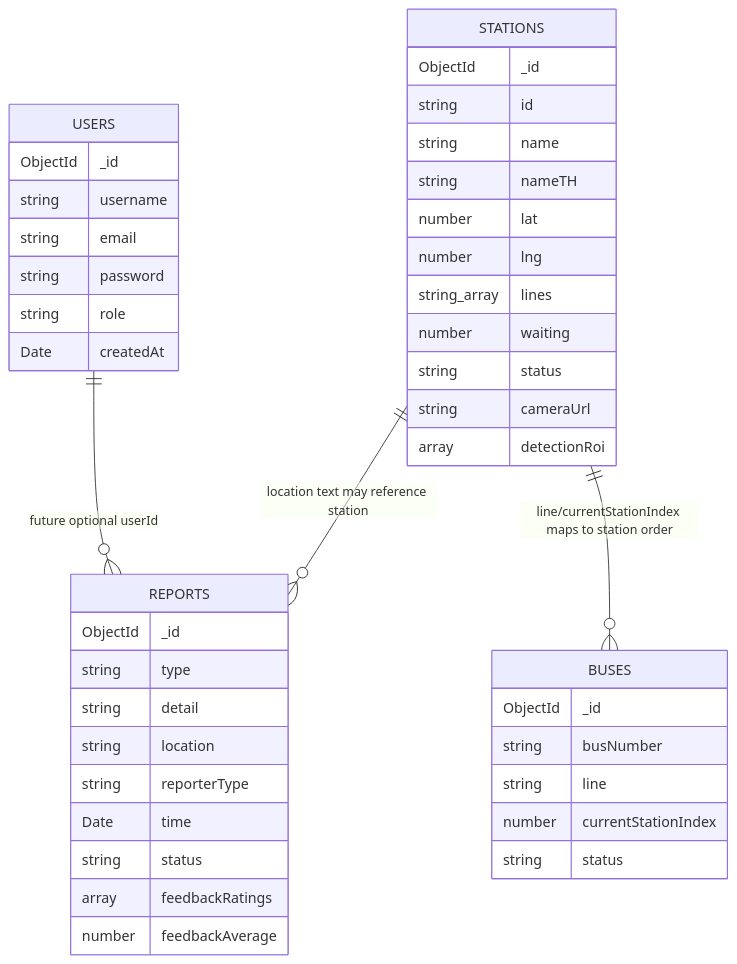
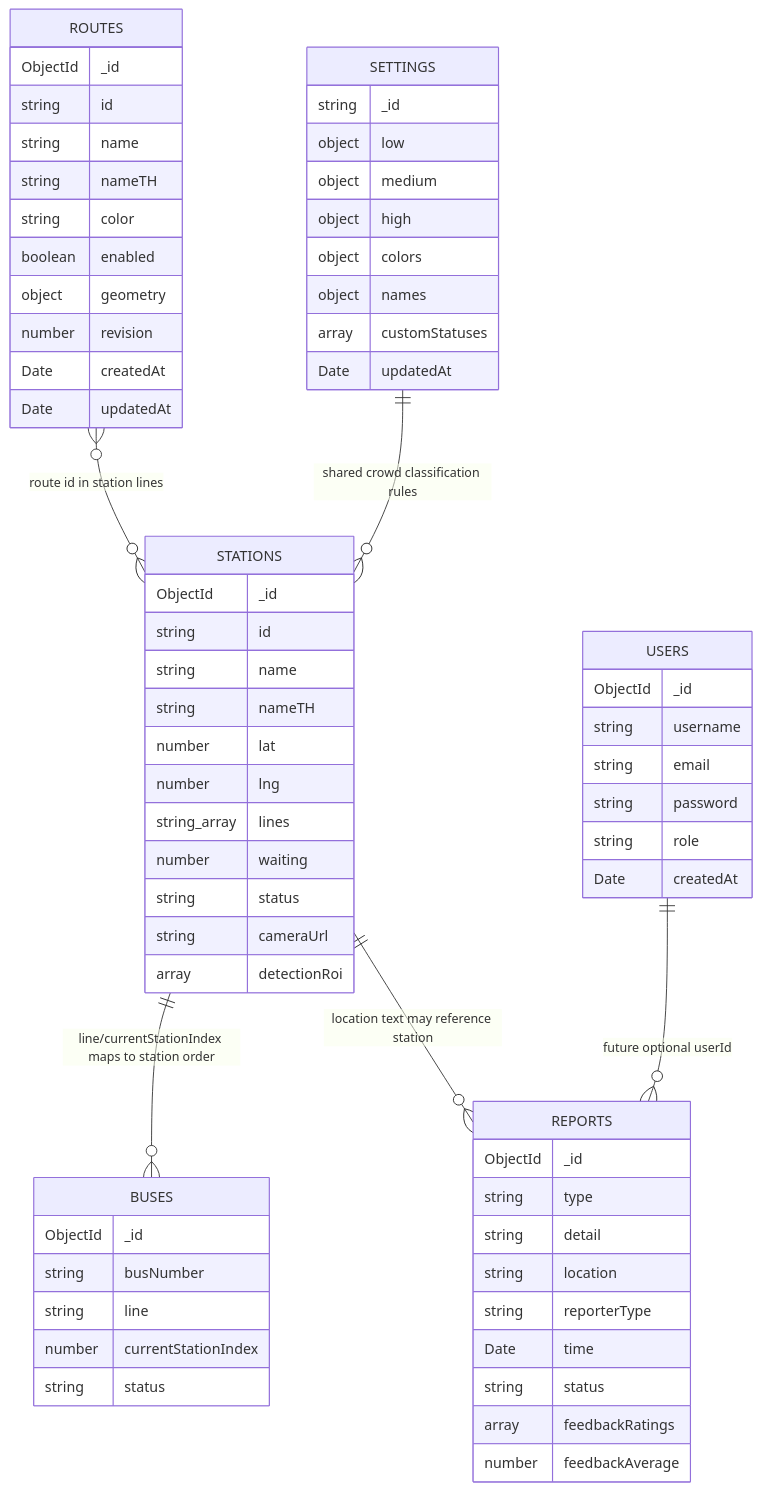
Before and after one commit to YadaSangphech6631501030/MFU-Shuttle-Bus-Web: the diagram in docs/er.md, drawn with Mermaid. The commit also changed other lines of this file and 11 other files, not shown here.

````diff
--- a/docs/er.md
+++ b/docs/er.md
@@ -14,49 +16,75 @@
 ```mermaid
 erDiagram
+  SETTINGS {
+    string _id
+    object low
+    object medium
+    object high
+    object colors
+    object names
+    array customStatuses
+    Date updatedAt
+  }
+
+  ROUTES {
+    ObjectId _id
+    string id
+    string name
+    string nameTH
+    string color
+    boolean enabled
+    object geometry
+    number revision
+    Date createdAt
+    Date updatedAt
+  }
+
   USERS {
     ObjectId _id
     string username
     string email
     string password
     string role
     Date createdAt
   }
 
   STATIONS {
     ObjectId _id
     string id
     string name
     string nameTH
     number lat
     number lng
     string_array lines
     number waiting
     string status
     string cameraUrl
     array detectionRoi
   }
 
   BUSES {
     ObjectId _id
     string busNumber
     string line
     number currentStationIndex
     string status
   }
 
   REPORTS {
     ObjectId _id
     string type
     string detail
     string location
     string reporterType
     Date time
     string status
     array feedbackRatings
     number feedbackAverage
   }
 
+  SETTINGS ||--o{ STATIONS : "shared crowd classification rules"
+  ROUTES }o--o{ STATIONS : "route id in station lines"
   USERS ||--o{ REPORTS : "future optional userId"
   STATIONS ||--o{ BUSES : "line/currentStationIndex maps to station order"
   STATIONS ||--o{ REPORTS : "location text may reference station"
 ```
````
